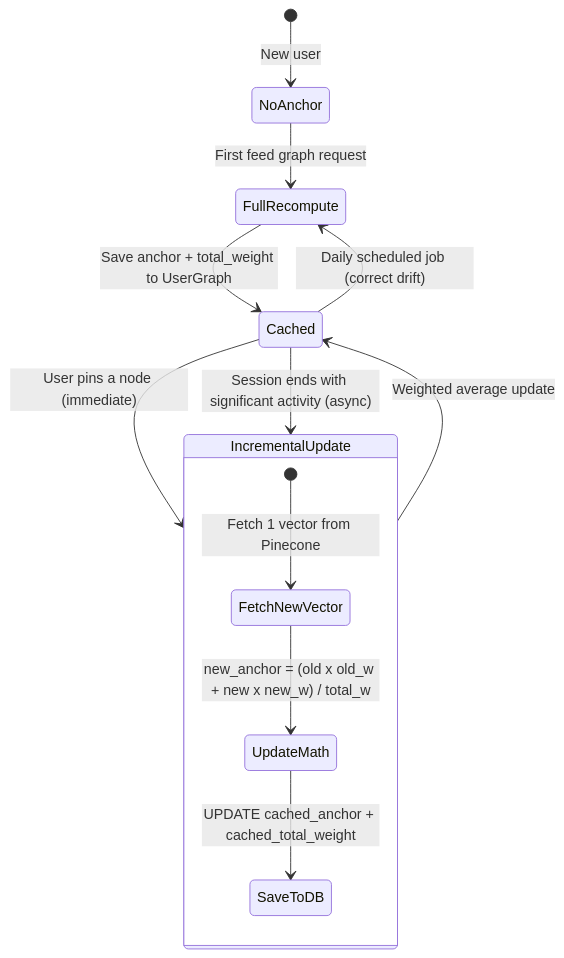
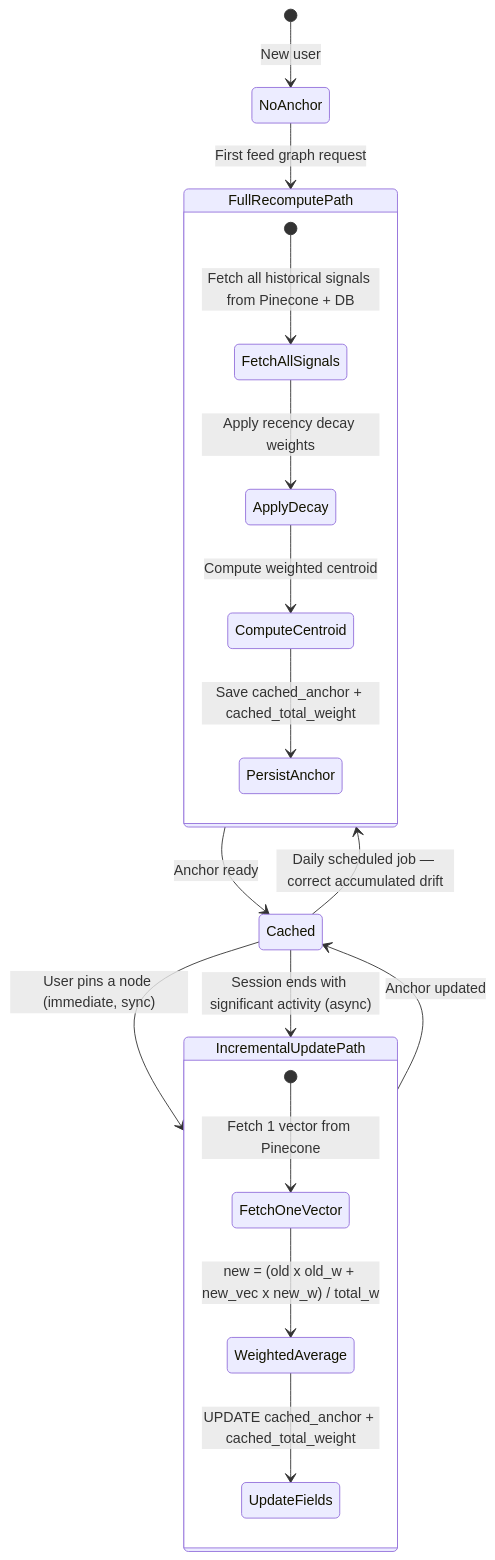
The fourth of 6 diagrams in docs/ARCHITECTURE.md (yeabb/SonderAI-backend), drawn with Mermaid before and after one commit. The commit also changed other lines of this file, not shown here.

First line of the commit message:
📊 Improve feed graph and anchor lifecycle diagrams with grouped subgraph structure

````diff
--- a/docs/ARCHITECTURE.md
+++ b/docs/ARCHITECTURE.md
@@ -231,19 +252,26 @@
 ```mermaid
 stateDiagram-v2
     [*] --> NoAnchor: New user
 
-    NoAnchor --> FullRecompute: First feed graph request
-    FullRecompute --> Cached: Save anchor + total_weight to UserGraph
+    state FullRecomputePath {
+        [*] --> FetchAllSignals: Fetch all historical signals from Pinecone + DB
+        FetchAllSignals --> ApplyDecay: Apply recency decay weights
+        ApplyDecay --> ComputeCentroid: Compute weighted centroid
+        ComputeCentroid --> PersistAnchor: Save cached_anchor + cached_total_weight
+    }
 
-    Cached --> IncrementalUpdate: User pins a node (immediate)
-    Cached --> IncrementalUpdate: Session ends with significant activity (async)
-    IncrementalUpdate --> Cached: Weighted average update
+    state IncrementalUpdatePath {
+        [*] --> FetchOneVector: Fetch 1 vector from Pinecone
+        FetchOneVector --> WeightedAverage: new = (old x old_w + new_vec x new_w) / total_w
+        WeightedAverage --> UpdateFields: UPDATE cached_anchor + cached_total_weight
+    }
 
-    Cached --> FullRecompute: Daily scheduled job (correct drift)
+    NoAnchor --> FullRecomputePath: First feed graph request
+    FullRecomputePath --> Cached: Anchor ready
 
-    state IncrementalUpdate {
-        [*] --> FetchNewVector: Fetch 1 vector from Pinecone
-        FetchNewVector --> UpdateMath: new_anchor = (old x old_w + new x new_w) / total_w
-        UpdateMath --> SaveToDB: UPDATE cached_anchor + cached_total_weight
-    }
+    Cached --> IncrementalUpdatePath: User pins a node (immediate, sync)
+    Cached --> IncrementalUpdatePath: Session ends with significant activity (async)
+    IncrementalUpdatePath --> Cached: Anchor updated
+
+    Cached --> FullRecomputePath: Daily scheduled job — correct accumulated drift
 ```
````
